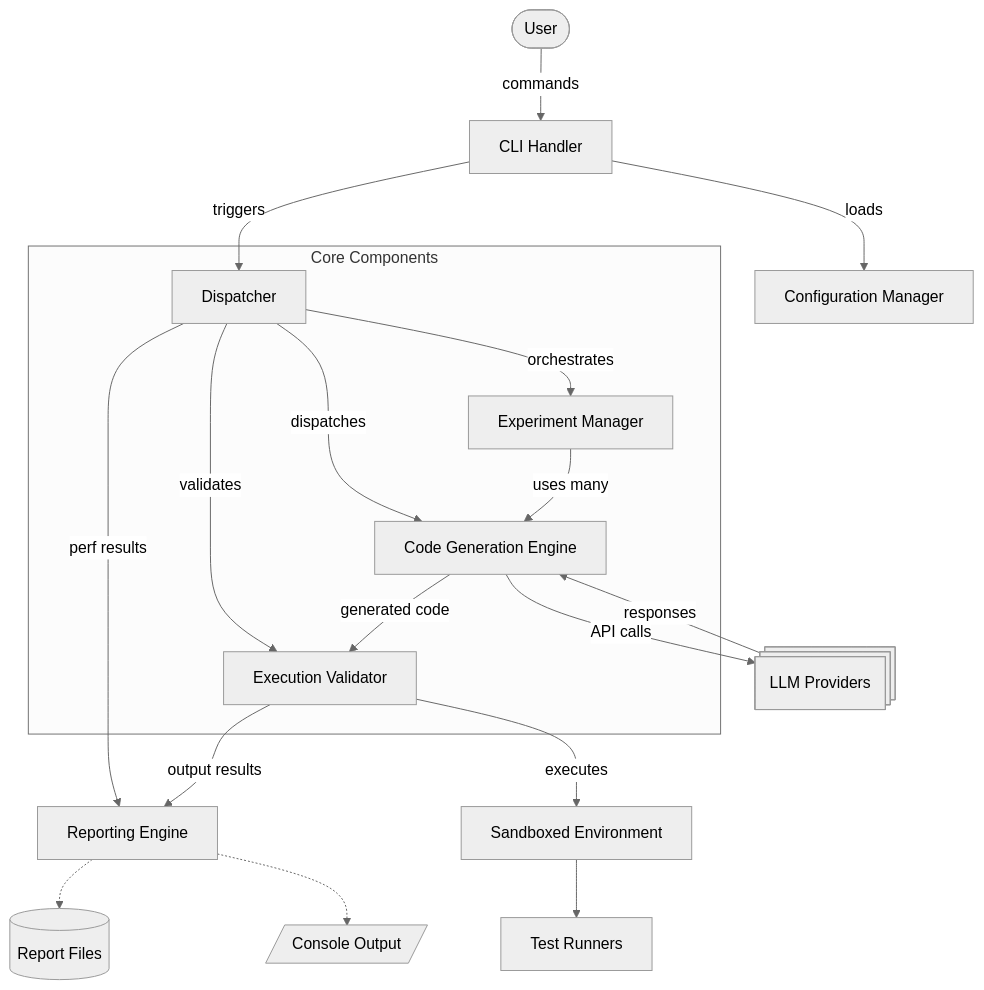
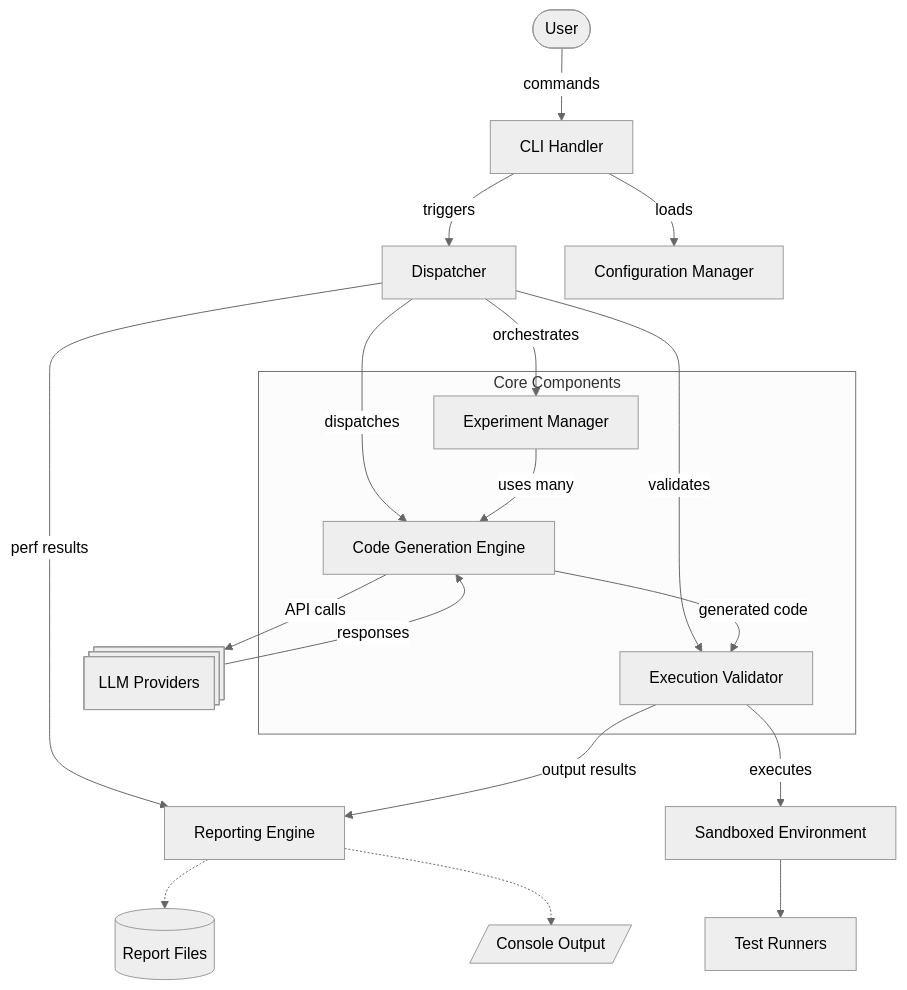
Before and after one commit to FilippoGurioli/test-2-code-llm: the first of 2 diagrams in docs/architecture.md, drawn with Mermaid (neutral theme). The commit also changed 2 other files, not shown here.

Commit message:
docs: finish code generation engine design

````diff
--- a/docs/architecture.md
+++ b/docs/architecture.md
@@ -109,29 +109,28 @@
 ```mermaid
 flowchart TD
     User([User]) -->|commands| CLI[CLI Handler]
     CLI -->|triggers| OE[Dispatcher]
     CLI -->|loads| CM[Configuration Manager]
     subgraph CoreComponents[Core Components]
       EM
-      OE
       EV
       CGE
     end
     OE -->|orchestrates| EM[Experiment Manager]
     OE -->|dispatches| CGE[Code Generation Engine]
     OE -->|validates| EV[Execution Validator]
     OE -->|perf results| ARE[Reporting Engine]
 
     EM -->|uses many| CGE
     
     EV -->|output results| ARE
     CGE -->|generated code| EV
     
     CGE -->|API calls| LLM@{ shape: procs, label: "LLM Providers"}
     LLM -->|responses| CGE
     EV -->|executes| Sandbox[Sandboxed Environment]
     Sandbox --> TestRunner[Test Runners]
     
     ARE -.-> Reports[(Report Files)]
     ARE -.-> Console[/Console Output/]
 ```
````
